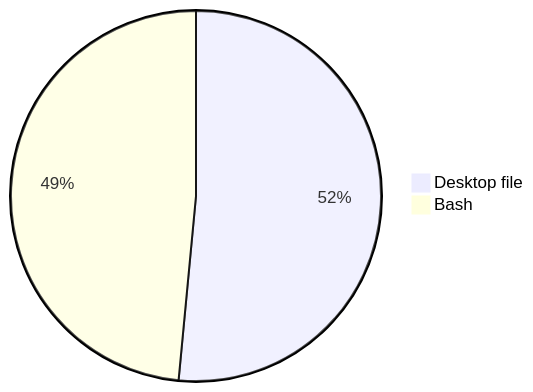
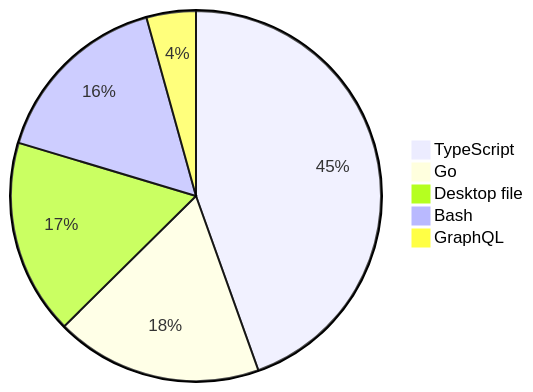
Before and after one commit to skvggor/skvggor: the diagram in README.md, drawn with Mermaid.

Commit message:
Updated waka-readme graph with new metrics

````diff
--- a/README.md
+++ b/README.md
@@ -16,5 +16,8 @@
 ```mermaid
 pie
-    "Desktop file" : 51.5
-    "Bash" : 48.5
+    "TypeScript" : 44.4
+    "Go" : 18.0
+    "Desktop file" : 17.0
+    "Bash" : 16.0
+    "GraphQL" : 4.3
 ```
````
